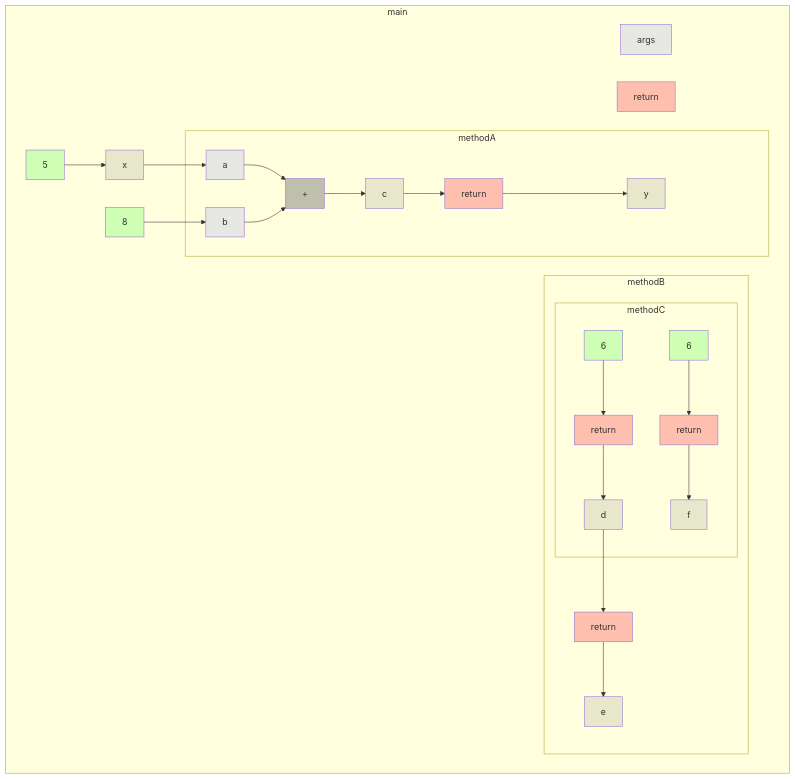
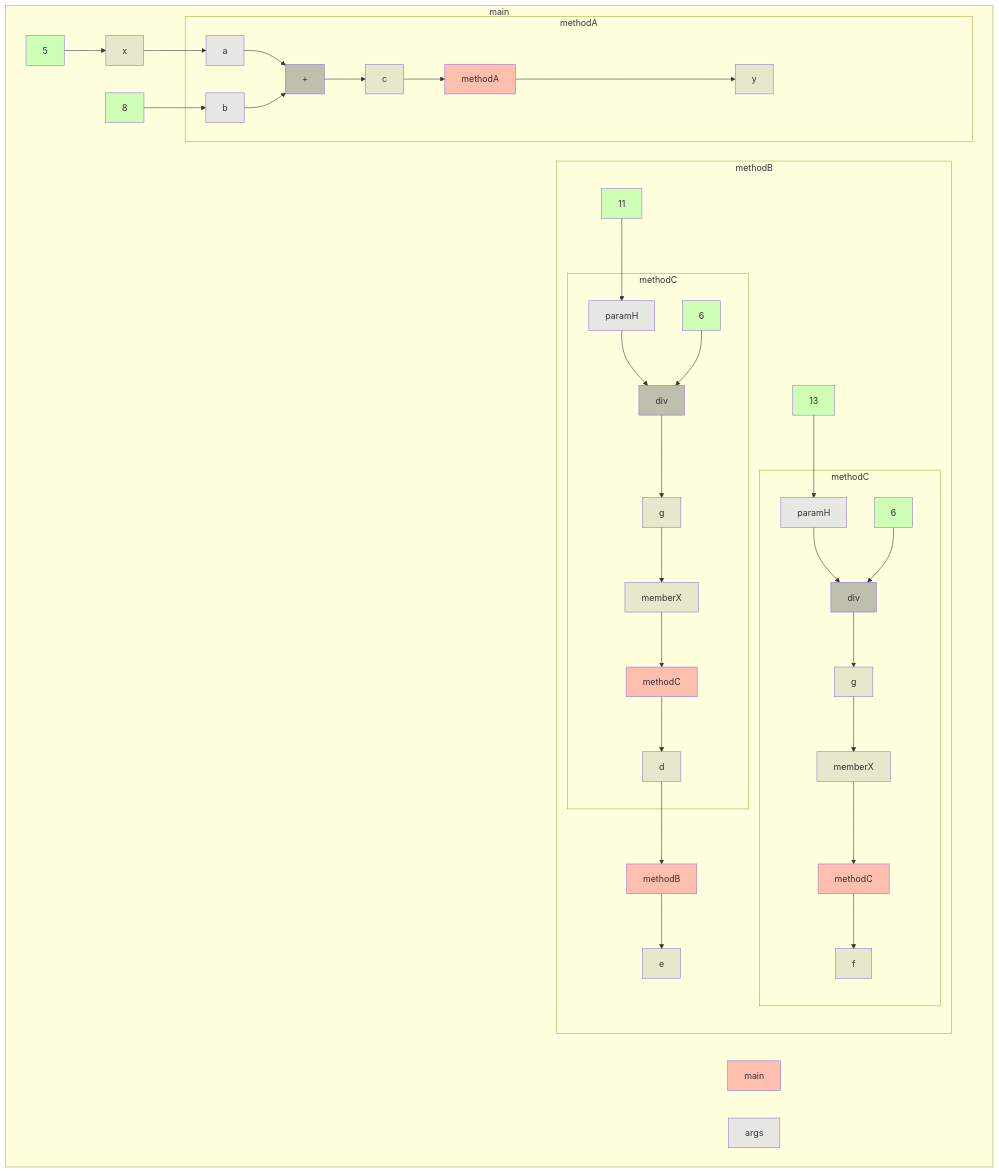
The diagram in app/src/test/resources/funcCall/truth.md (gstiebler/codeflow), drawn with Mermaid before and after one commit. The commit also changed 12 other files, not shown here.

````diff
--- a/app/src/test/resources/funcCall/truth.md
+++ b/app/src/test/resources/funcCall/truth.md
@@ -1,51 +1,71 @@
 ```mermaid
 flowchart TD
-  subgraph main
-    13677[args]:::FUNC_PARAM
-    13681[x]:::VARIABLE
-    13682[y]:::VARIABLE
-    13693[e]:::VARIABLE
-    232102[8]:::LITERAL
-    364914[return]:::RETURN
-    764292[5]:::LITERAL
-    13681[x]:::VARIABLE --> 13701[a]:::FUNC_PARAM
-    232102[8]:::LITERAL --> 13702[b]:::FUNC_PARAM
-    764292[5]:::LITERAL --> 13681[x]:::VARIABLE
-    subgraph methodA
-      13701[a]:::FUNC_PARAM
-      13702[b]:::FUNC_PARAM
-      13703[c]:::VARIABLE
-      594709[return]:::RETURN
-      785695[+]:::BIN_OP
-      13701[a]:::FUNC_PARAM --> 785695[+]:::BIN_OP
-      13702[b]:::FUNC_PARAM --> 785695[+]:::BIN_OP
-      13703[c]:::VARIABLE --> 594709[return]:::RETURN
-      594709[return]:::RETURN --> 13682[y]:::VARIABLE
-      785695[+]:::BIN_OP --> 13703[c]:::VARIABLE
+  subgraph 4308940["main"]
+    214598[x]:::VARIABLE
+    217505[5]:::LITERAL
+    221840[y]:::VARIABLE
+    227960[8]:::LITERAL
+    240574[e]:::VARIABLE
+    56996632[main]:::RETURN
+    1296531130[args]:::FUNC_PARAM
+    214598[x]:::VARIABLE --> 1248129501[a]:::FUNC_PARAM
+    217505[5]:::LITERAL --> 214598[x]:::VARIABLE
+    227960[8]:::LITERAL --> 1248131541[b]:::FUNC_PARAM
+    subgraph 4317894["methodA"]
+      1248129501[a]:::FUNC_PARAM
+      1248131541[b]:::FUNC_PARAM
+      1347809112[c]:::VARIABLE
+      1347812206[+]:::BIN_OP
+      16244305365[methodA]:::RETURN
+      1248129501[a]:::FUNC_PARAM --> 1347812206[+]:::BIN_OP
+      1248131541[b]:::FUNC_PARAM --> 1347812206[+]:::BIN_OP
+      1347809112[c]:::VARIABLE --> 16244305365[methodA]:::RETURN
+      1347812206[+]:::BIN_OP --> 1347809112[c]:::VARIABLE
+      16244305365[methodA]:::RETURN --> 221840[y]:::VARIABLE
     end
-    subgraph methodB
-      -894336856[d]:::VARIABLE
-      -894336848[f]:::VARIABLE
-      680146[return]:::RETURN
-      -894336856[d]:::VARIABLE --> 680146[return]:::RETURN
-      680146[return]:::RETURN --> 13693[e]:::VARIABLE
-      subgraph methodC
-        708522[return]:::RETURN
-        713444[6]:::LITERAL
-        708522[return]:::RETURN --> -894336856[d]:::VARIABLE
-        713444[6]:::LITERAL --> 708522[return]:::RETURN
+    subgraph 4320114["methodB"]
+      1347833375[d]:::VARIABLE
+      1347841790[f]:::VARIABLE
+      1347862955[11]:::LITERAL
+      1347871370[13]:::LITERAL
+      16244322722[methodB]:::RETURN
+      1347833375[d]:::VARIABLE --> 16244322722[methodB]:::RETURN
+      1347862955[11]:::LITERAL --> -14324128104[paramH]:::FUNC_PARAM
+      1347871370[13]:::LITERAL --> -14323818007[paramH]:::FUNC_PARAM
+      16244322722[methodB]:::RETURN --> 240574[e]:::VARIABLE
+      subgraph 4326256["methodC"]
+        -14324128104[paramH]:::FUNC_PARAM
+        172086463[g]:::VARIABLE
+        172087942[6]:::LITERAL
+        173778065[div]:::BIN_OP
+        16303090884[memberX]:::VARIABLE
+        17591915557[methodC]:::RETURN
+        -14324128104[paramH]:::FUNC_PARAM --> 173778065[div]:::BIN_OP
+        172086463[g]:::VARIABLE --> 16303090884[memberX]:::VARIABLE
+        172087942[6]:::LITERAL --> 173778065[div]:::BIN_OP
+        173778065[div]:::BIN_OP --> 172086463[g]:::VARIABLE
+        16303090884[memberX]:::VARIABLE --> 17591915557[methodC]:::RETURN
+        17591915557[methodC]:::RETURN --> 1347833375[d]:::VARIABLE
       end
-      subgraph methodC
-        183287[6]:::LITERAL
-        875257[return]:::RETURN
-        183287[6]:::LITERAL --> 875257[return]:::RETURN
-        875257[return]:::RETURN --> -894336848[f]:::VARIABLE
+      subgraph 4327329["methodC"]
+        -14323818007[paramH]:::FUNC_PARAM
+        172086555[g]:::VARIABLE
+        172088034[6]:::LITERAL
+        173778157[div]:::BIN_OP
+        16303090976[memberX]:::VARIABLE
+        17591923938[methodC]:::RETURN
+        -14323818007[paramH]:::FUNC_PARAM --> 173778157[div]:::BIN_OP
+        172086555[g]:::VARIABLE --> 16303090976[memberX]:::VARIABLE
+        172088034[6]:::LITERAL --> 173778157[div]:::BIN_OP
+        173778157[div]:::BIN_OP --> 172086555[g]:::VARIABLE
+        16303090976[memberX]:::VARIABLE --> 17591923938[methodC]:::RETURN
+        17591923938[methodC]:::RETURN --> 1347841790[f]:::VARIABLE
       end
     end
   end
   classDef LITERAL fill:#00FF0030
   classDef VARIABLE fill:#80808030
   classDef BIN_OP fill:#80808080
   classDef FUNC_PARAM fill:#8080FF30
   classDef RETURN fill:#FF808080
 ```
````
